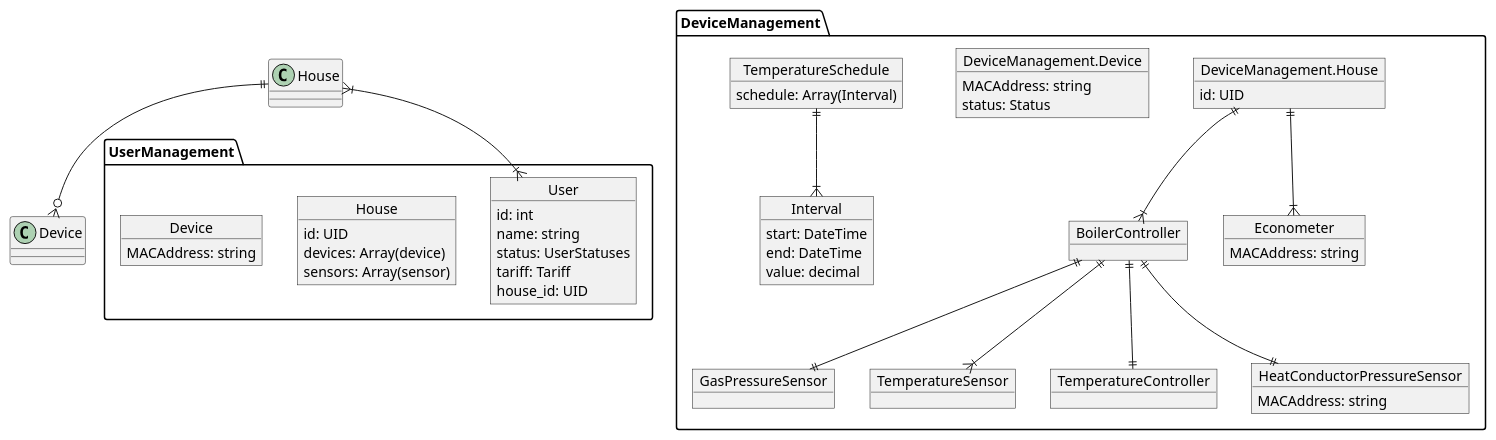
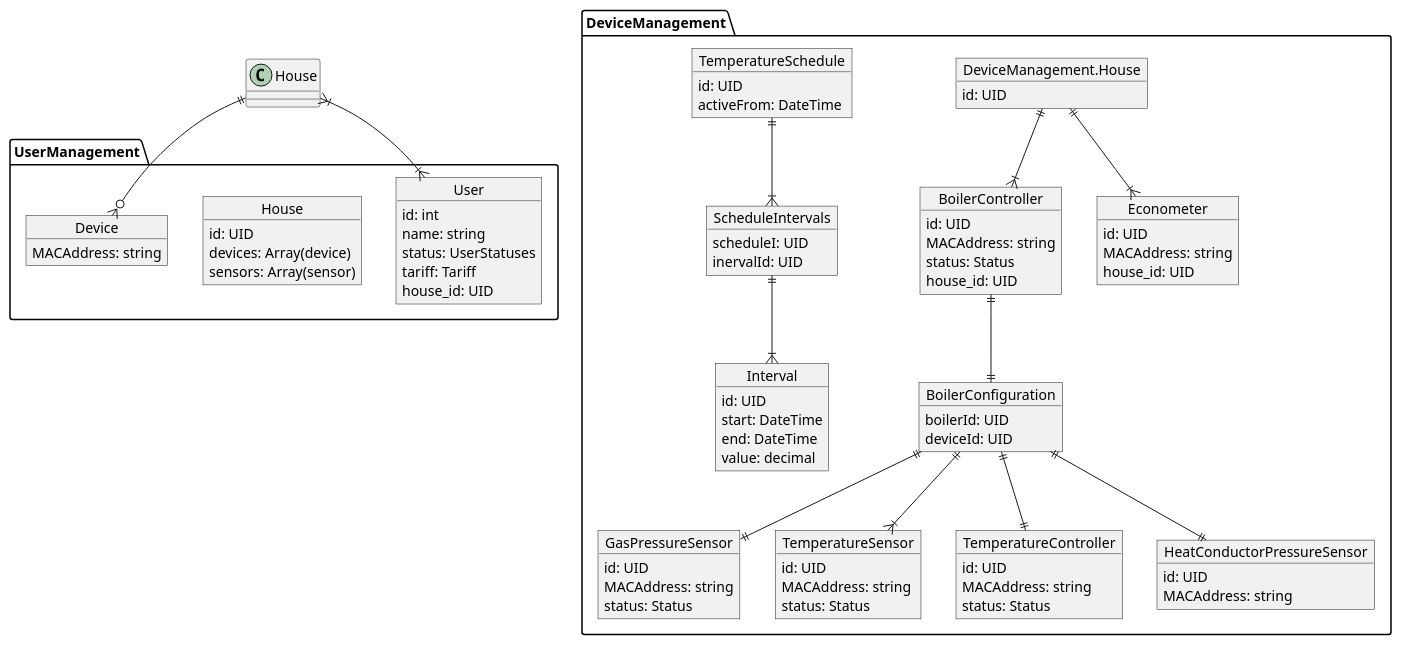
One commit to GYolshin/architecture-sprint-3 changed the diagram in docs/1.3 er.puml. Above: the diagram before and after it, drawn with PlantUML.

Commit message:
fix boiler controller and schedule relations with related objects

```diff
--- a/docs/1.3 er.puml
+++ b/docs/1.3 er.puml
@@ -1,82 +1,116 @@
 @startuml
 
 package UserManagement{
 	
 	object User{
 		id: int
 		name: string
 		status: UserStatuses
 		tariff: Tariff
 		house_id: UID
 	}
 
 	object House {
 		id: UID
 		devices: Array(device)
 		sensors: Array(sensor)
 	}
 
 	object Device {
 		MACAddress: string
 	}
 }
 
 
 package DeviceManagement{
 
 	object DeviceManagement.House {
 		id: UID
 	}
 
-	object DeviceManagement.Device{
+	object BoilerController{
+
+		id: UID
+		MACAddress: string
+		status: Status
+		house_id: UID 
+	}
+
+	object BoilerConfiguration{
+		boilerId: UID
+		deviceId: UID
+	}
+
+	object GasPressureSensor{
+
+		id: UID
 		MACAddress: string
 		status: Status
 	}
 
-	object BoilerController
+	object TemperatureSensor{
 
-	object GasPressureSensor
+		id: UID
+		MACAddress: string
+		status: Status
+	}
 
-	object TemperatureSensor
+	object TemperatureController{
 
-	object TemperatureController
+		id: UID
+		MACAddress: string
+		status: Status
+	}
 
 
 	object Econometer{
+		id: UID
 		MACAddress: string
+		house_id: UID
 	}
 
 	object HeatConductorPressureSensor{
+
+		id: UID
 		MACAddress: string
 	}
 
 	object Interval{
-
+		id: UID
 		start: DateTime
 		end: DateTime
 		value: decimal
 	}
 
 	object TemperatureSchedule{
-		schedule: Array(Interval)
+		id: UID
+		activeFrom: DateTime
+	}
+
+	object ScheduleIntervals{
+		scheduleI: UID
+		inervalId: UID
 	}
 }
 
 
 ' =====================================
 ' Relations
 ' =====================================
 House ||--o{ Device
 House }|--|{ User
-BoilerController ||--|| GasPressureSensor
-BoilerController ||--|{ TemperatureSensor
-BoilerController ||--|| TemperatureController
-BoilerController ||--|| HeatConductorPressureSensor
+
+BoilerController ||--|| BoilerConfiguration
+BoilerConfiguration ||--|| GasPressureSensor
+BoilerConfiguration ||--|{ TemperatureSensor
+BoilerConfiguration ||--|| TemperatureController
+BoilerConfiguration ||--|| HeatConductorPressureSensor
 
 DeviceManagement.House ||--|{ BoilerController
 DeviceManagement.House ||--|{ Econometer
 
 
-TemperatureSchedule ||--|{ Interval
+TemperatureSchedule ||--|{ ScheduleIntervals
+ScheduleIntervals ||--|{ Interval
 
 @enduml
```
